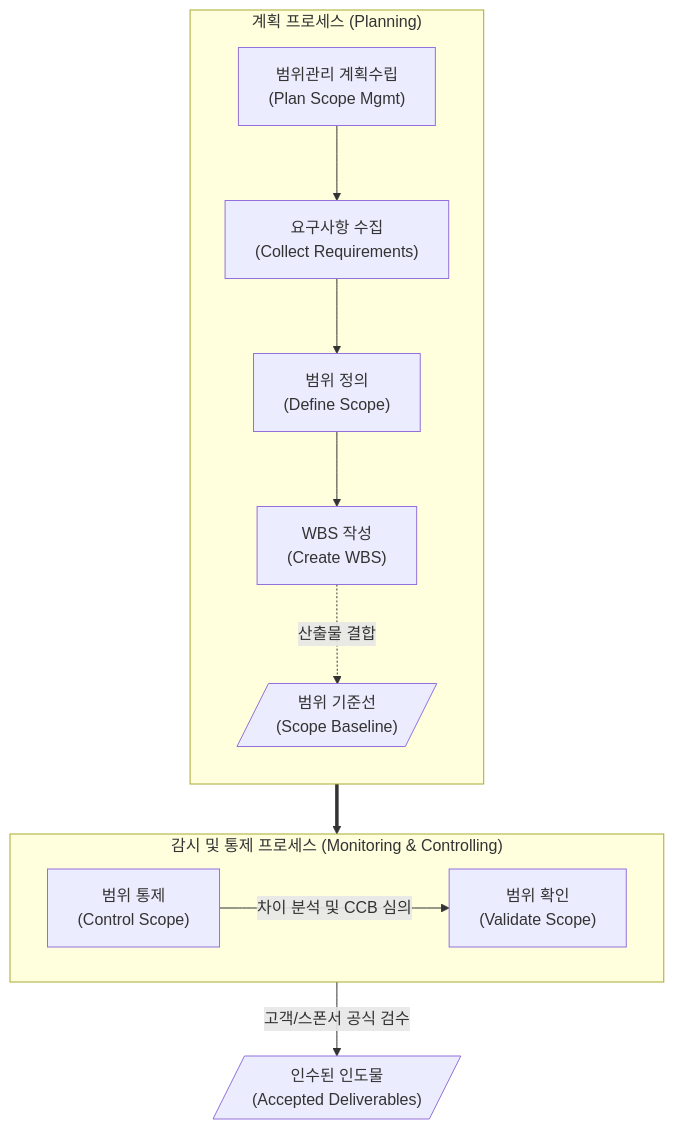
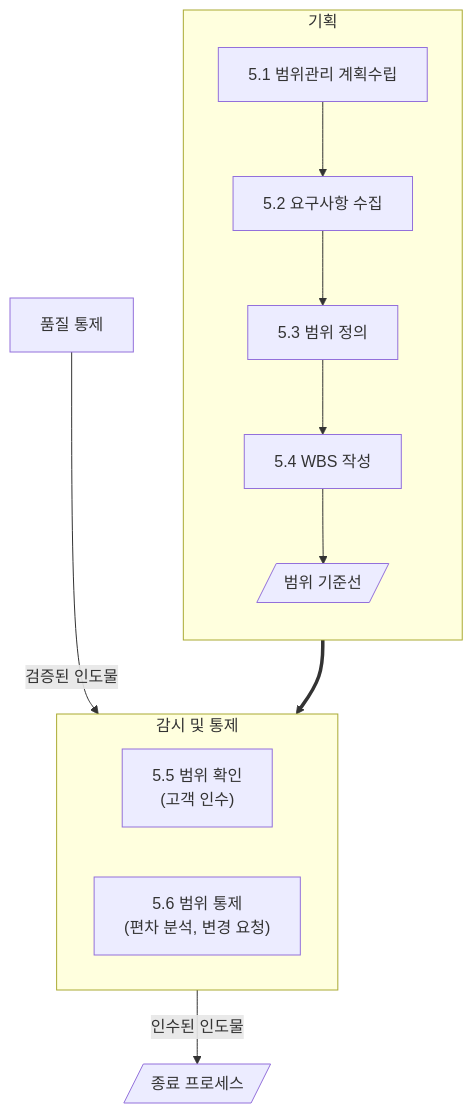
One commit to supremethumb/supremethumb.github.io changed the diagram in content/01_IT Tech/범위관리.md. Above: the diagram before and after it, drawn with Mermaid. The commit also changed other lines of this file and 1087 other files, not shown here.

````diff
--- a/content/01_IT Tech/범위관리.md
+++ b/content/01_IT Tech/범위관리.md
@@ -23,24 +35,16 @@
 ```mermaid
 flowchart TB
-    subgraph Planning["계획 프로세스 (Planning)"]
+    subgraph PL ["기획"]
         direction TB
-        Plan["범위관리 계획수립<br/>(Plan Scope Mgmt)"]
-        Req["요구사항 수집<br/>(Collect Requirements)"]
-        Def["범위 정의<br/>(Define Scope)"]
-        WBS["WBS 작성<br/>(Create WBS)"]
-
-        Plan --> Req --> Def --> WBS
-        WBS -. "산출물 결합" .-> Base[/"범위 기준선<br/>(Scope Baseline)"/]
+        P1["5.1 범위관리 계획수립"] --> P2["5.2 요구사항 수집"] --> P3["5.3 범위 정의"] --> P4["5.4 WBS 작성"]
+        P4 --> BL[/"범위 기준선"/]
     end
-
-    subgraph Monitoring["감시 및 통제 프로세스 (Monitoring & Controlling)"]
+    subgraph MC ["감시 및 통제"]
         direction LR
-        Ctrl["범위 통제<br/>(Control Scope)"]
-        Val["범위 확인<br/>(Validate Scope)"]
+        V["5.5 범위 확인<br/>(고객 인수)"]
+        C["5.6 범위 통제<br/>(편차 분석, 변경 요청)"]
     end
-
-    Base ==> Monitoring
-    Ctrl -- "차이 분석 및 CCB 심의" --> Val
-    Val -- "고객/스폰서 공식 검수" --> Output[/"인수된 인도물<br/>(Accepted Deliverables)"/]
-
+    QC["품질 통제"] -->|"검증된 인도물"| V
+    BL ==> MC
+    V -->|"인수된 인도물"| OUT[/"종료 프로세스"/]
 ```
````
